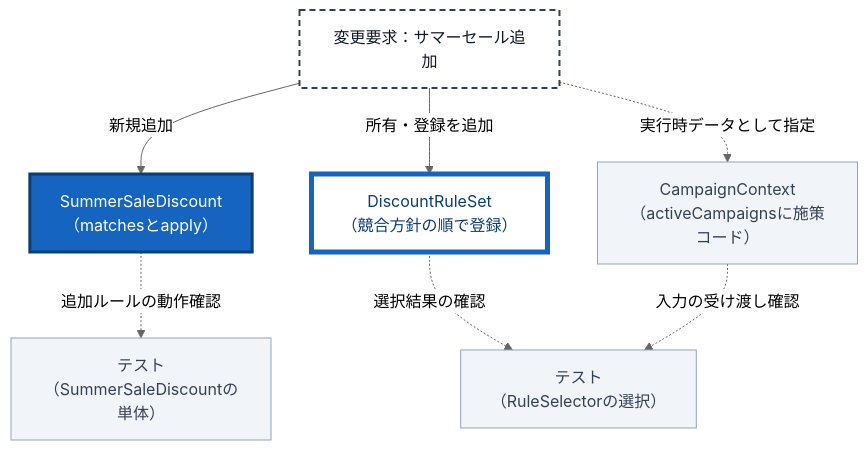
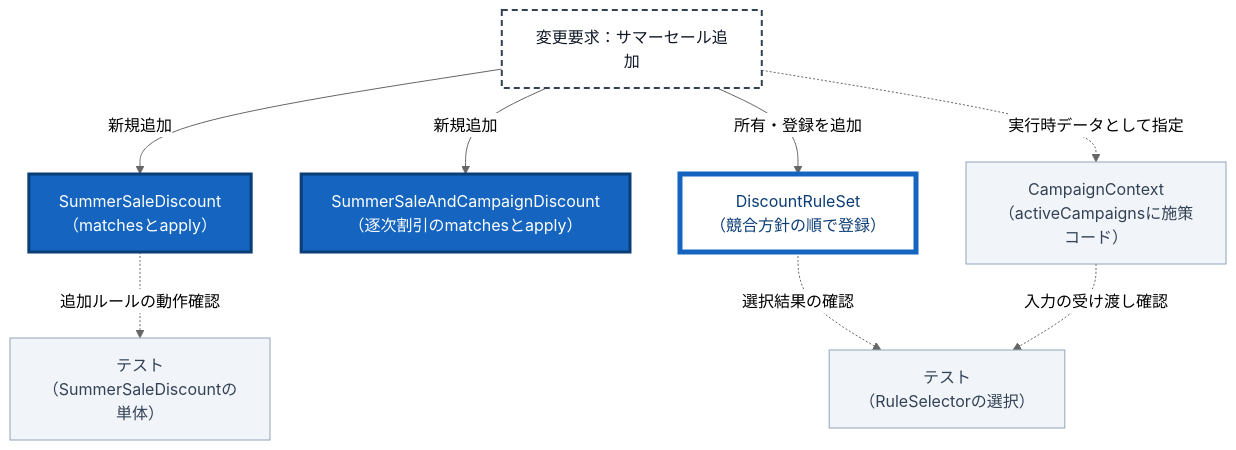
Diagram 12 of 14 in kindle/design-patterns/books/volume01-core-patterns/output/03-chapter01.md (kumachan1101-pixel/DesignPattern), drawn with Mermaid (neutral theme) before and after one commit. The commit also changed other lines of this file and 1 other file, not shown here.

````diff
--- a/kindle/design-patterns/books/volume01-core-patterns/output/03-chapter01.md
+++ b/kindle/design-patterns/books/volume01-core-patterns/output/03-chapter01.md
@@ -2835,15 +2836,16 @@
 ```mermaid
 graph TD
     T1["変更要求：サマーセール追加"]:::req
         -->|新規追加| N1["SummerSaleDiscount<br>（matchesとapply）"]:::added
+    T1 -->|新規追加| N4["SummerSaleAndCampaignDiscount<br>（逐次割引のmatchesとapply）"]:::added
     T1 -->|所有・登録を追加| N2["DiscountRuleSet<br>（競合方針の順で登録）"]:::touched
     T1 -.->|実行時データとして指定| N3["CampaignContext<br>（activeCampaignsに施策コード）"]:::keep
     N1 -.->|追加ルールの動作確認| T2["テスト<br>（SummerSaleDiscountの単体）"]:::keep
     N2 -.->|選択結果の確認| T3["テスト<br>（RuleSelectorの選択）"]:::keep
     N3 -.->|入力の受け渡し確認| T3
 
     classDef req fill:#ffffff,stroke:#334155,stroke-width:2px,stroke-dasharray:6 4,color:#111827;
     classDef keep fill:#f1f5f9,stroke:#94a3b8,color:#334155;
     classDef added fill:#1565c0,stroke:#0b3d76,stroke-width:3px,color:#ffffff;
     classDef touched fill:#ffffff,stroke:#1565c0,stroke-width:5px,color:#0b3d76;
 ```
````
